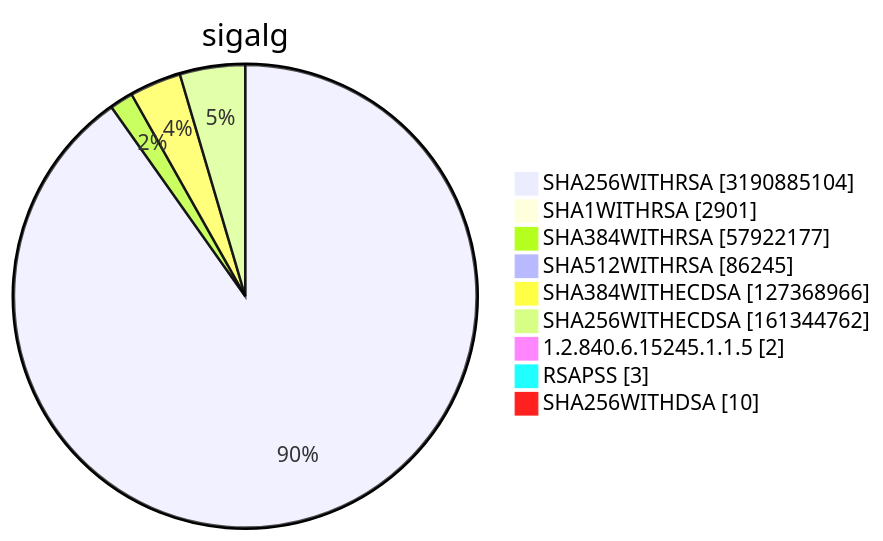
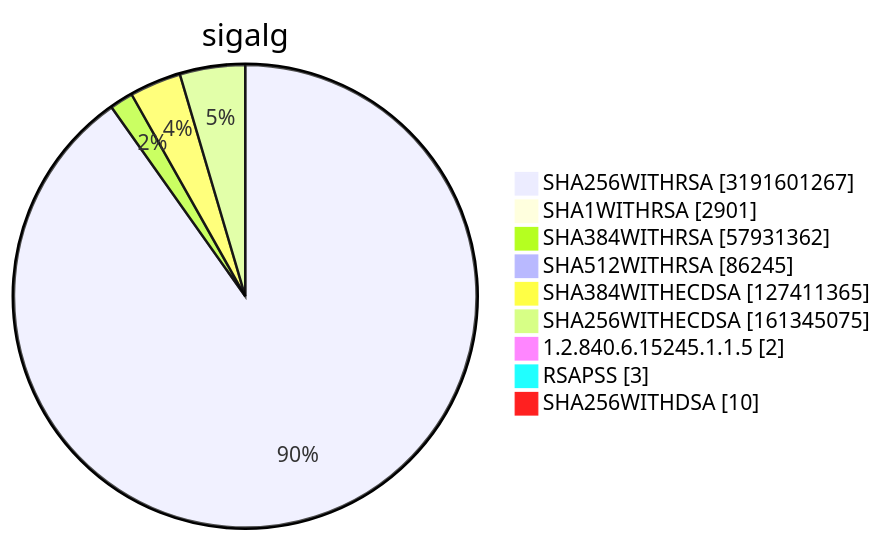
Before and after one commit to christiankrug/ctmonitor_visualization: diagram 15 of 15 in TOTAL/README.md, drawn with Mermaid. The commit also changed other lines of this file, not shown here.

````diff
--- a/TOTAL/README.md
+++ b/TOTAL/README.md
@@ -6216,13 +6216,13 @@
 ```mermaid
 pie showData
 title sigalg
-"SHA256WITHRSA" :3190885104
+"SHA256WITHRSA" :3191601267
 "SHA1WITHRSA" :2901
-"SHA384WITHRSA" :57922177
+"SHA384WITHRSA" :57931362
 "SHA512WITHRSA" :86245
-"SHA384WITHECDSA" :127368966
-"SHA256WITHECDSA" :161344762
+"SHA384WITHECDSA" :127411365
+"SHA256WITHECDSA" :161345075
 "1.2.840.6.15245.1.1.5" :2
 "RSAPSS" :3
 "SHA256WITHDSA" :10
 ```
````
